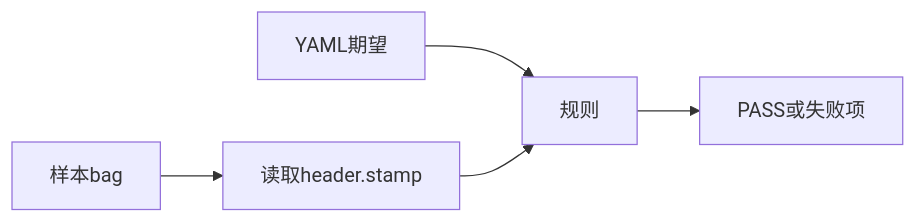
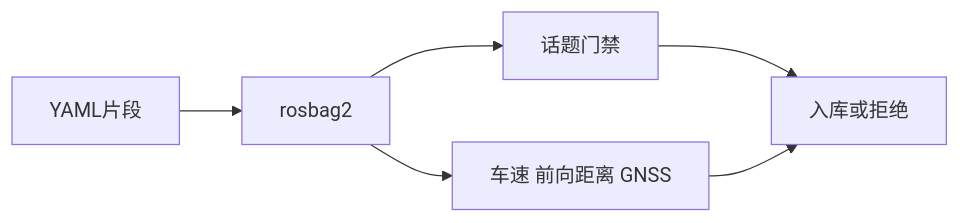
The diagram in README.md (wljusa/drive-data-test), drawn with Mermaid before and after one commit. The commit also changed other lines of this file and 12 other files, not shown here.

````diff
--- a/README.md
+++ b/README.md
@@ -18,7 +18,8 @@
 ```mermaid
 flowchart LR
-  sample[样本bag] --> reader[读取header.stamp]
-  expect[YAML期望] --> rules[规则]
-  reader --> rules
-  rules --> report[PASS或失败项]
+  yamlCase[YAML片段] --> bag[rosbag2]
+  bag --> health[话题门禁]
+  bag --> rules[车速 前向距离 GNSS]
+  health --> decision[入库或拒绝]
+  rules --> decision
 ```
````
